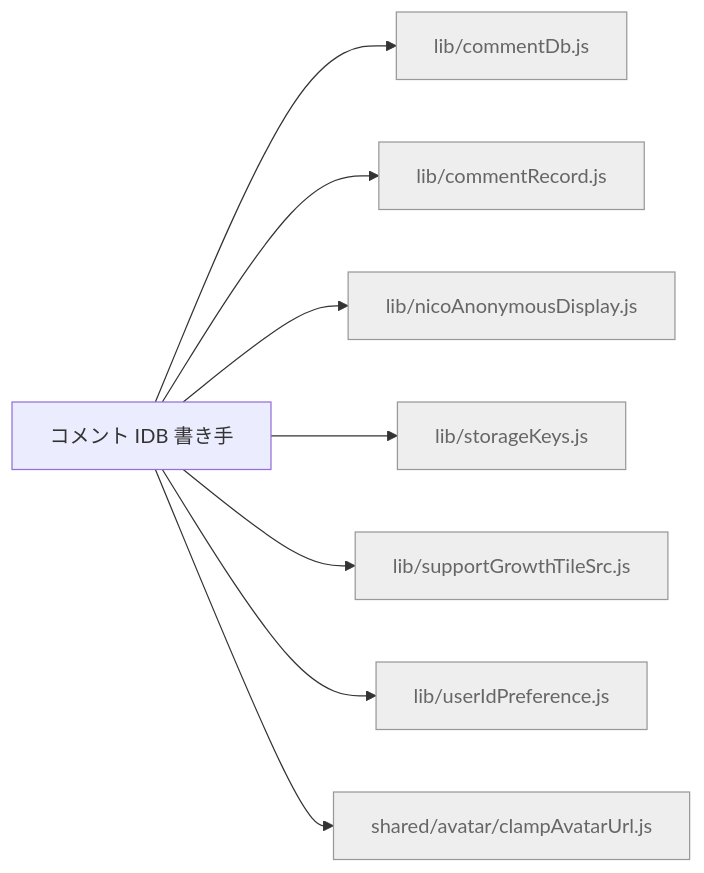
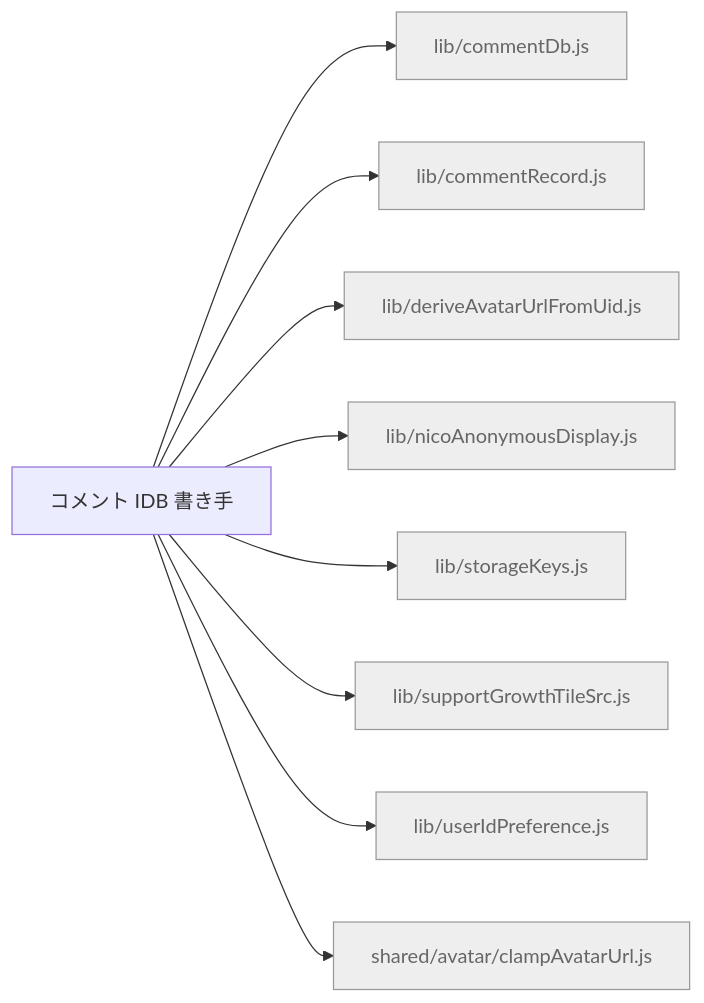
Before and after one commit to kimito-link/tsuioku-no-kirameki.com: the diagram in docs/feature-map/offscreen.md, drawn with Mermaid. The commit also changed 25 other files, not shown here.

````diff
--- a/docs/feature-map/offscreen.md
+++ b/docs/feature-map/offscreen.md
@@ -13,12 +13,13 @@
 ```mermaid
 graph LR
   n_offscreen["コメント IDB 書き手"]
   n_offscreen --> n_src_lib_commentDb_js["lib/commentDb.js"]:::shared
   n_offscreen --> n_src_lib_commentRecord_js["lib/commentRecord.js"]:::shared
+  n_offscreen --> n_src_lib_deriveAvatarUrlFromUid_js["lib/deriveAvatarUrlFromUid.js"]:::shared
   n_offscreen --> n_src_lib_nicoAnonymousDisplay_js["lib/nicoAnonymousDisplay.js"]:::shared
   n_offscreen --> n_src_lib_storageKeys_js["lib/storageKeys.js"]:::shared
   n_offscreen --> n_src_lib_supportGrowthTileSrc_js["lib/supportGrowthTileSrc.js"]:::shared
   n_offscreen --> n_src_lib_userIdPreference_js["lib/userIdPreference.js"]:::shared
   n_offscreen --> n_src_shared_avatar_clampAvatarUrl_js["shared/avatar/clampAvatarUrl.js"]:::shared
   classDef shared fill:#eee,stroke:#999,color:#666;
 ```
````
